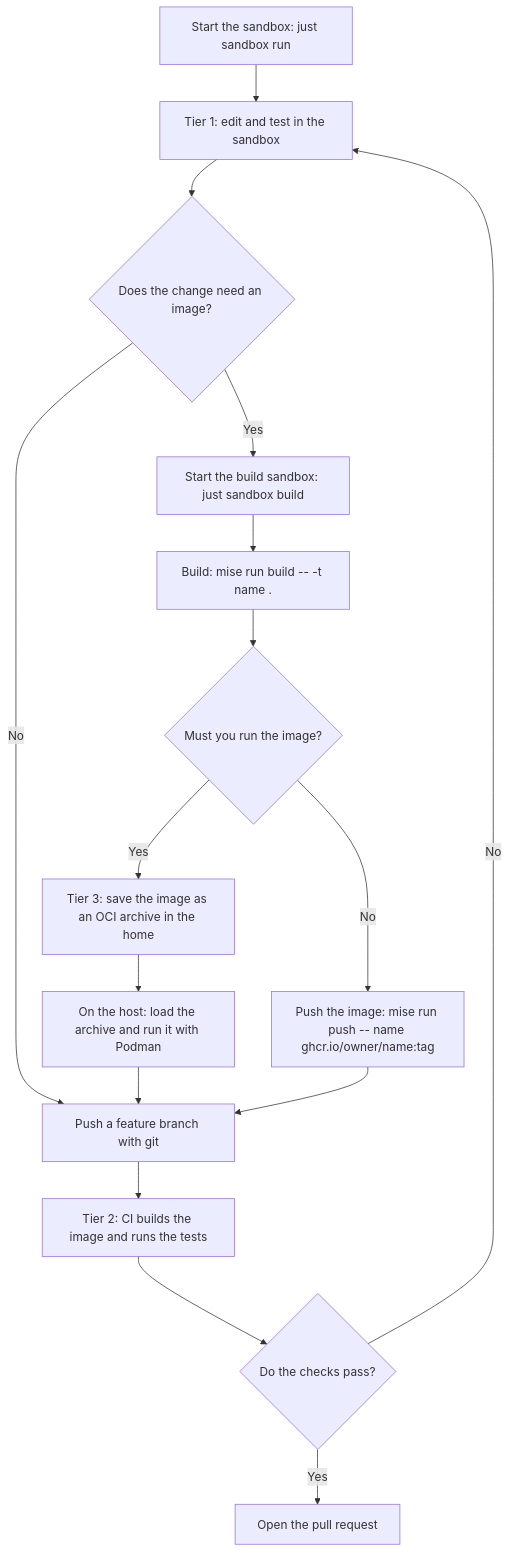
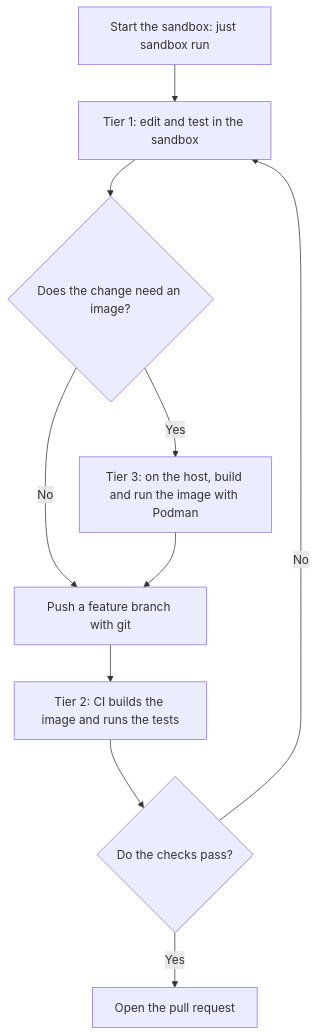
The diagram in .sandbox/README.md (raghav19/engineersdaybook), drawn with Mermaid before and after one commit. The commit also changed other lines of this file and 11 other files, not shown here.

First line of the commit message:
sandbox: remove the build sandbox

````diff
--- a/.sandbox/README.md
+++ b/.sandbox/README.md
@@ -73,18 +70,12 @@
 ```mermaid
 flowchart TD
     A[Start the sandbox: just sandbox run] --> B[Tier 1: edit and test in the sandbox]
     B --> C{Does the change need an image?}
     C -->|No| G[Push a feature branch with git]
-    C -->|Yes| E[Start the build sandbox: just sandbox build]
-    E --> F[Build: mise run build -- -t name .]
-    F --> H{Must you run the image?}
-    H -->|Yes| I[Tier 3: save the image as an OCI archive in the home]
-    I --> J[On the host: load the archive and run it with Podman]
-    H -->|No| K[Push the image: mise run push -- name ghcr.io/owner/name:tag]
-    J --> G
-    K --> G
+    C -->|Yes| E[Tier 3: on the host, build and run the image with Podman]
+    E --> G
     G --> L[Tier 2: CI builds the image and runs the tests]
     L --> M{Do the checks pass?}
     M -->|Yes| N[Open the pull request]
     M -->|No| B
 ```
````
